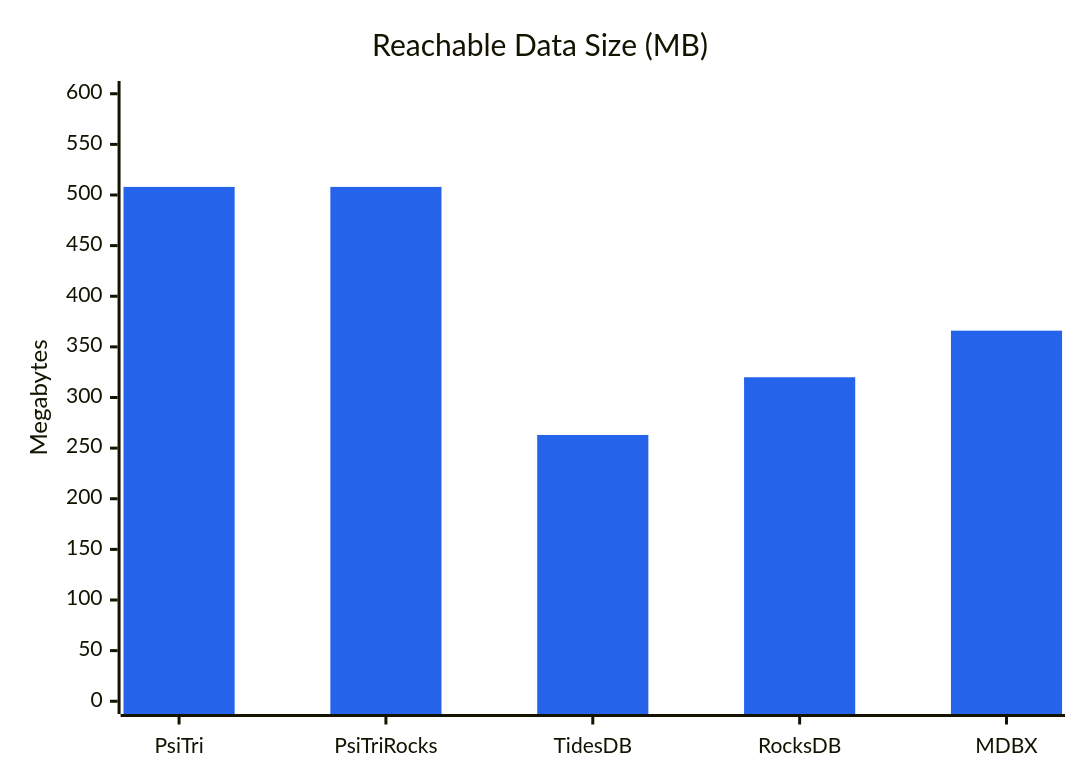
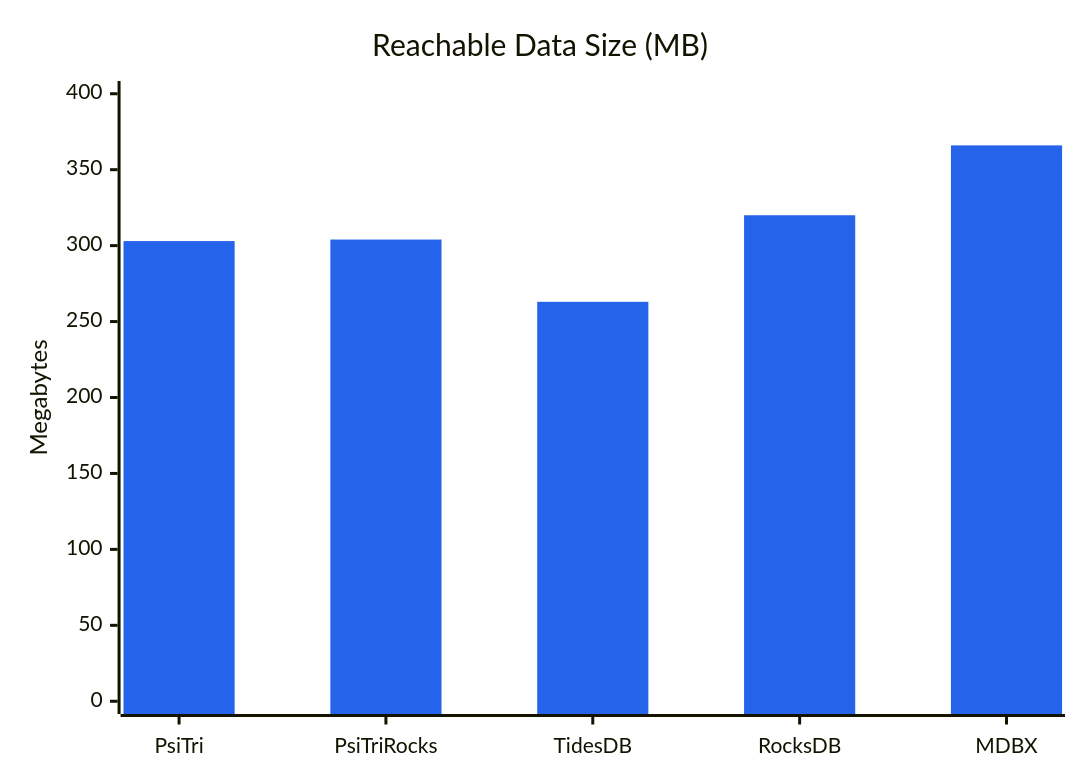
The fifth of 8 diagrams in programs/BANK_BENCHMARK.md (gofractally/arbtrie), drawn with Mermaid before and after one commit. The commit also changed other lines of this file and 1 other file, not shown here.

````diff
--- a/programs/BANK_BENCHMARK.md
+++ b/programs/BANK_BENCHMARK.md
@@ -198,8 +199,8 @@
 ```mermaid
 %%{init: {'theme': 'base', 'themeVariables': {'xyChart': {'plotColorPalette': '#2563EB'}}}}%%
 xychart-beta
     title "Reachable Data Size (MB)"
     x-axis ["PsiTri", "PsiTriRocks", "TidesDB", "RocksDB", "MDBX"]
-    y-axis "Megabytes" 0 --> 600
-    bar [508, 508, 263, 320, 366]
+    y-axis "Megabytes" 0 --> 400
+    bar [303, 304, 263, 320, 366]
 ```
````
